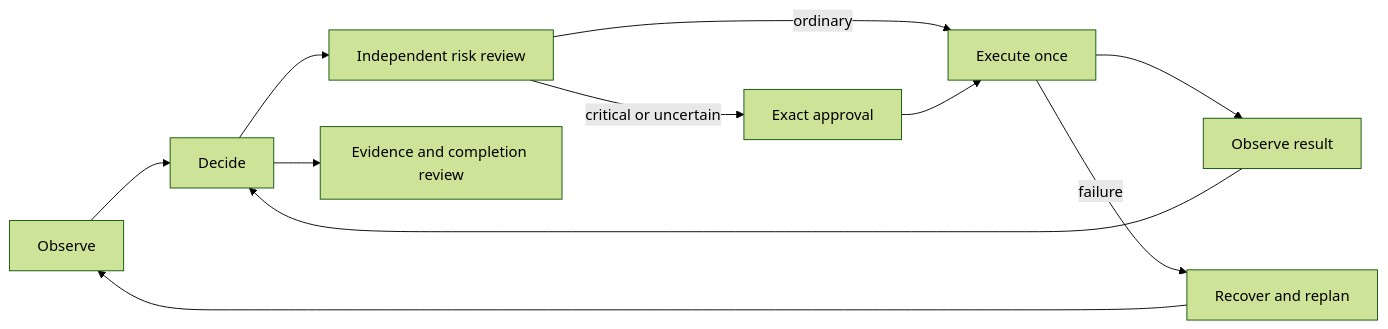
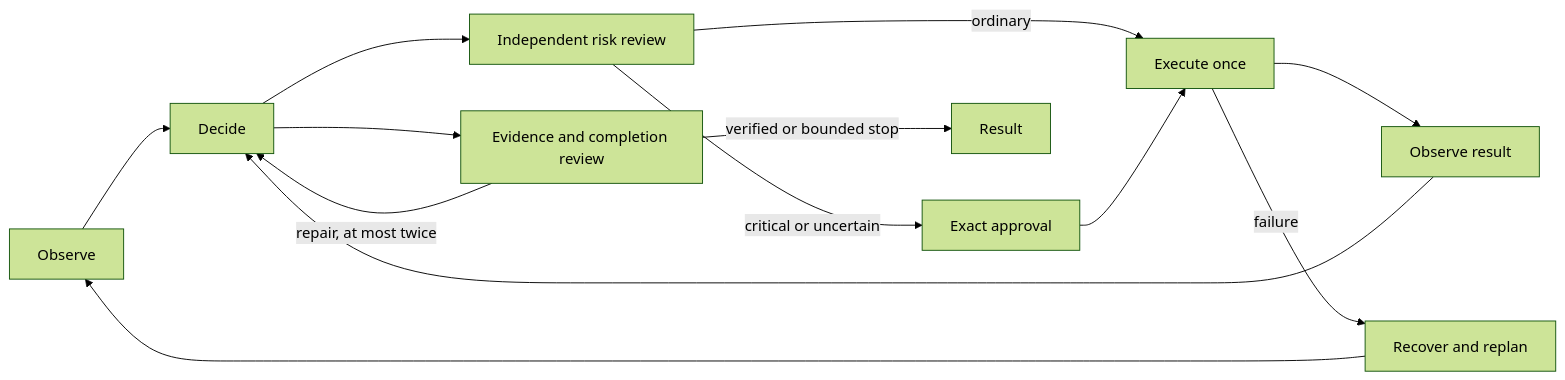
One commit to Nordup/sp-solution-test-assignment changed the diagram in README.md. Above: the diagram before and after it, drawn with Mermaid (forest theme). The commit also changed other lines of this file and 23 other files, not shown here.

````diff
--- a/README.md
+++ b/README.md
@@ -35,13 +45,15 @@
 ```mermaid
 flowchart LR
   O[Observe] --> D[Decide]
   D --> P[Independent risk review]
   P -->|critical or uncertain| H[Exact approval]
   P -->|ordinary| E[Execute once]
   H --> E
   E --> V[Observe result]
   V --> D
   E -->|failure| R[Recover and replan]
   R --> O
   D --> F[Evidence and completion review]
+  F -->|repair, at most twice| D
+  F -->|verified or bounded stop| Z[Result]
 ```
````
